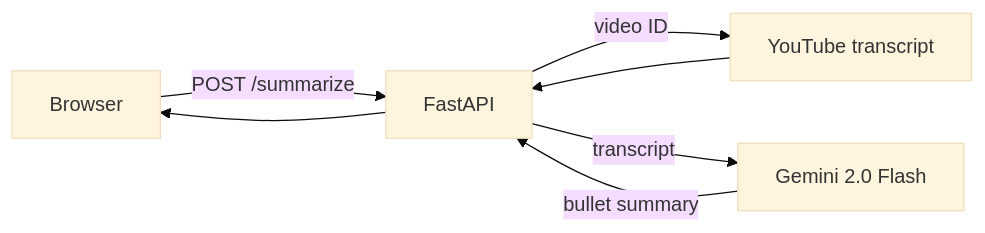
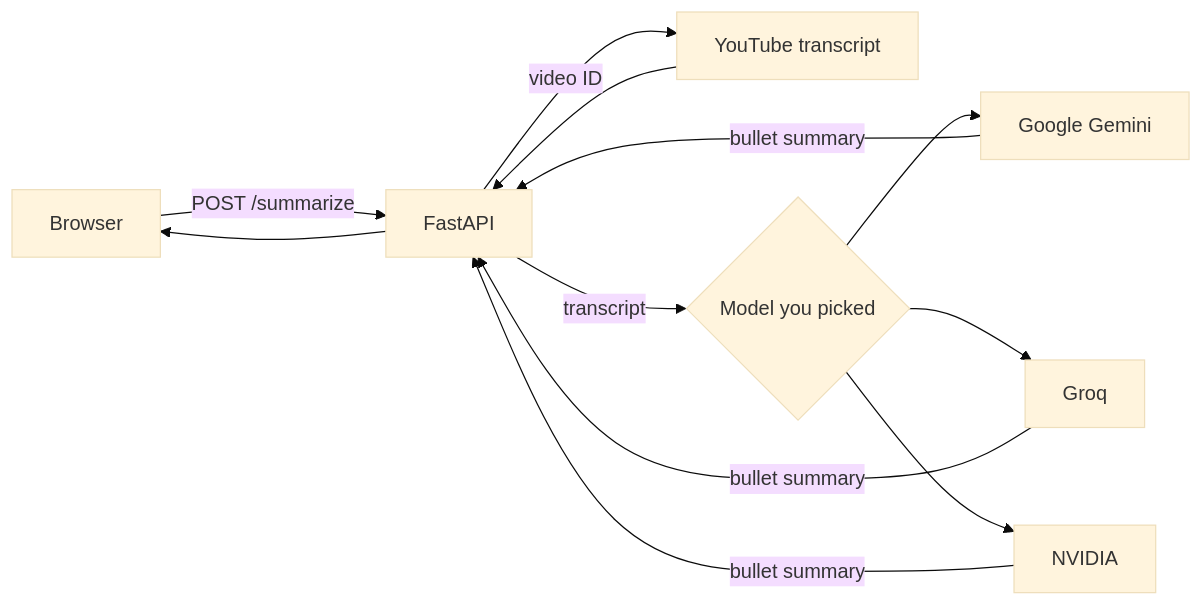
The diagram in README.md (codicecustode/U-Tube-Video-Summarizer), drawn with Mermaid (base theme) before and after one commit. The commit also changed other lines of this file, not shown here.

Commit message:
docs: document model choice and API keys

````diff
--- a/README.md
+++ b/README.md
@@ -5,9 +5,12 @@
 ```mermaid
 flowchart LR
     B[Browser] -->|POST /summarize| F[FastAPI]
     F -->|video ID| T[YouTube transcript]
     T --> F
-    F -->|transcript| G[Gemini 2.0 Flash]
-    G -->|bullet summary| F
+    F -->|transcript| L{Model you picked}
+    L --> G[Google Gemini]
+    L --> Q[Groq]
+    L --> N[NVIDIA]
+    G & Q & N -->|bullet summary| F
     F --> B
 ```
````
